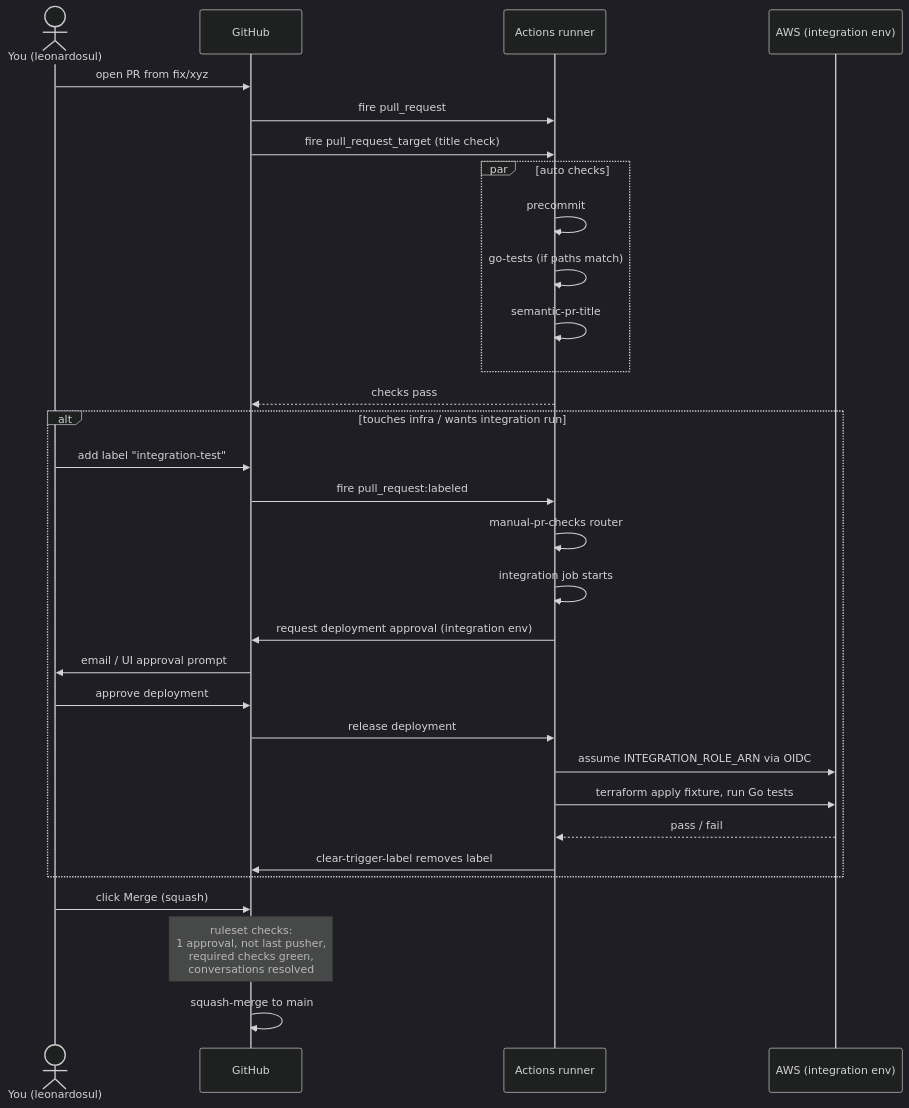
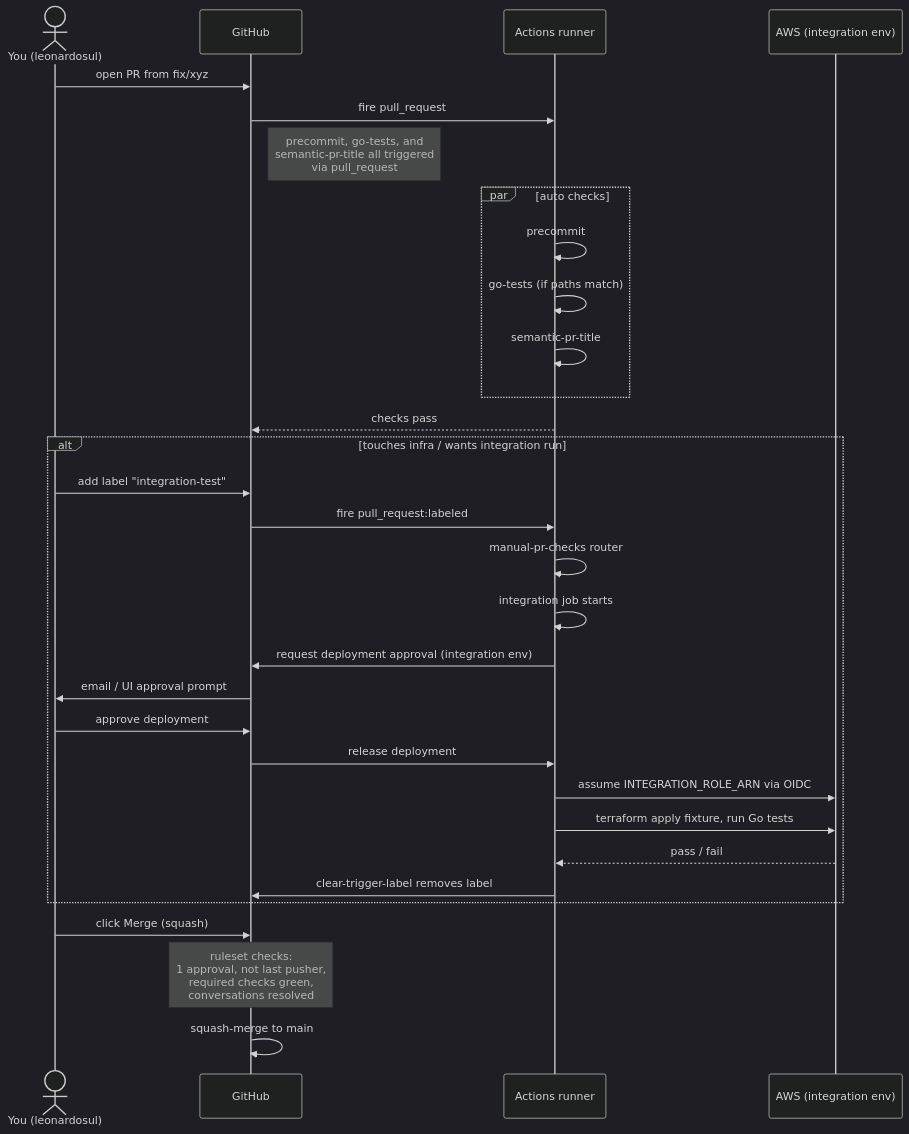
One commit to MachineDotDev/nat-zero changed the third of 12 diagrams in docs/workflows.md. Above: the diagram before and after it, drawn with Mermaid (dark theme). The commit also changed other lines of this file, not shown here.

Commit message:
docs: document bot-authored PR gates and semantic-pr-title trigger (#37)

````diff
--- a/docs/workflows.md
+++ b/docs/workflows.md
@@ -88,34 +88,34 @@
 ```mermaid
 sequenceDiagram
     actor You as You (leonardosul)
     participant GH as GitHub
     participant Actions as Actions runner
     participant AWS as AWS (integration env)
 
     You->>GH: open PR from fix/xyz
     GH->>Actions: fire pull_request
-    GH->>Actions: fire pull_request_target (title check)
+    Note right of GH: precommit, go-tests, and<br/>semantic-pr-title all triggered<br/>via pull_request
     par auto checks
         Actions->>Actions: precommit
         Actions->>Actions: go-tests (if paths match)
         Actions->>Actions: semantic-pr-title
     end
     Actions-->>GH: checks pass
     alt touches infra / wants integration run
         You->>GH: add label "integration-test"
         GH->>Actions: fire pull_request:labeled
         Actions->>Actions: manual-pr-checks router
         Actions->>Actions: integration job starts
         Actions->>GH: request deployment approval (integration env)
         GH->>You: email / UI approval prompt
         You->>GH: approve deployment
         GH->>Actions: release deployment
         Actions->>AWS: assume INTEGRATION_ROLE_ARN via OIDC
         Actions->>AWS: terraform apply fixture, run Go tests
         AWS-->>Actions: pass / fail
         Actions->>GH: clear-trigger-label removes label
     end
     You->>GH: click Merge (squash)
     Note over GH: ruleset checks:<br/>1 approval, not last pusher,<br/>required checks green,<br/>conversations resolved
     GH->>GH: squash-merge to main
 ```
````
